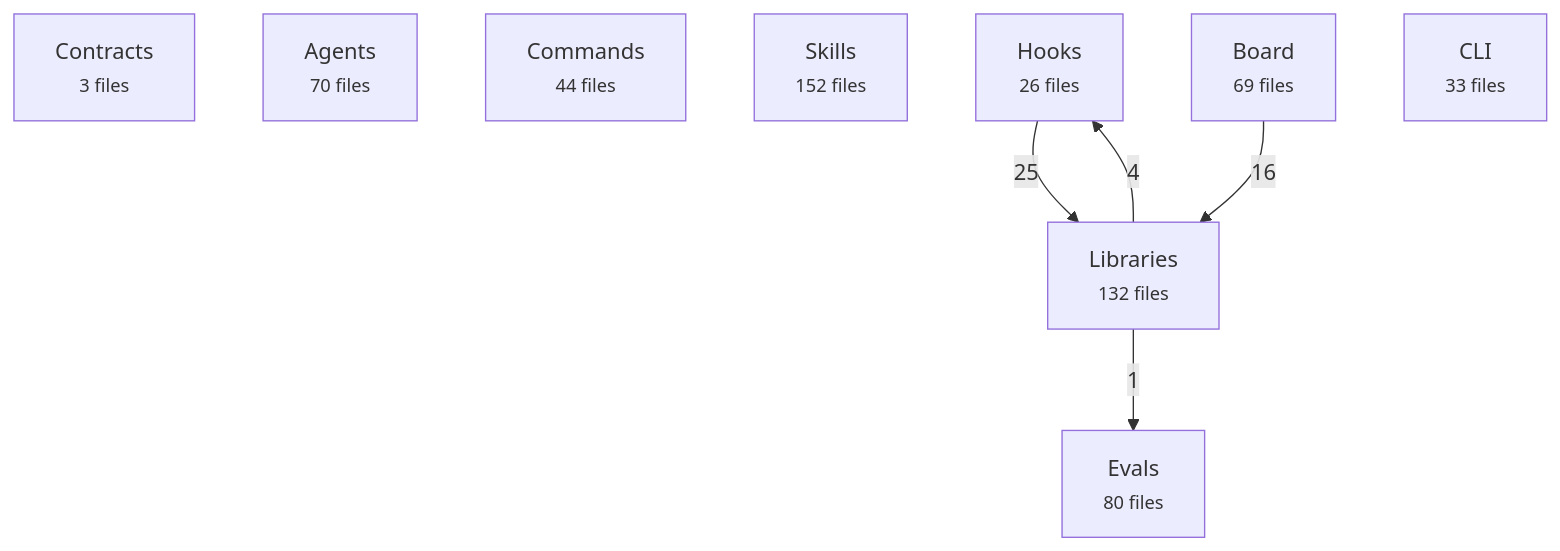
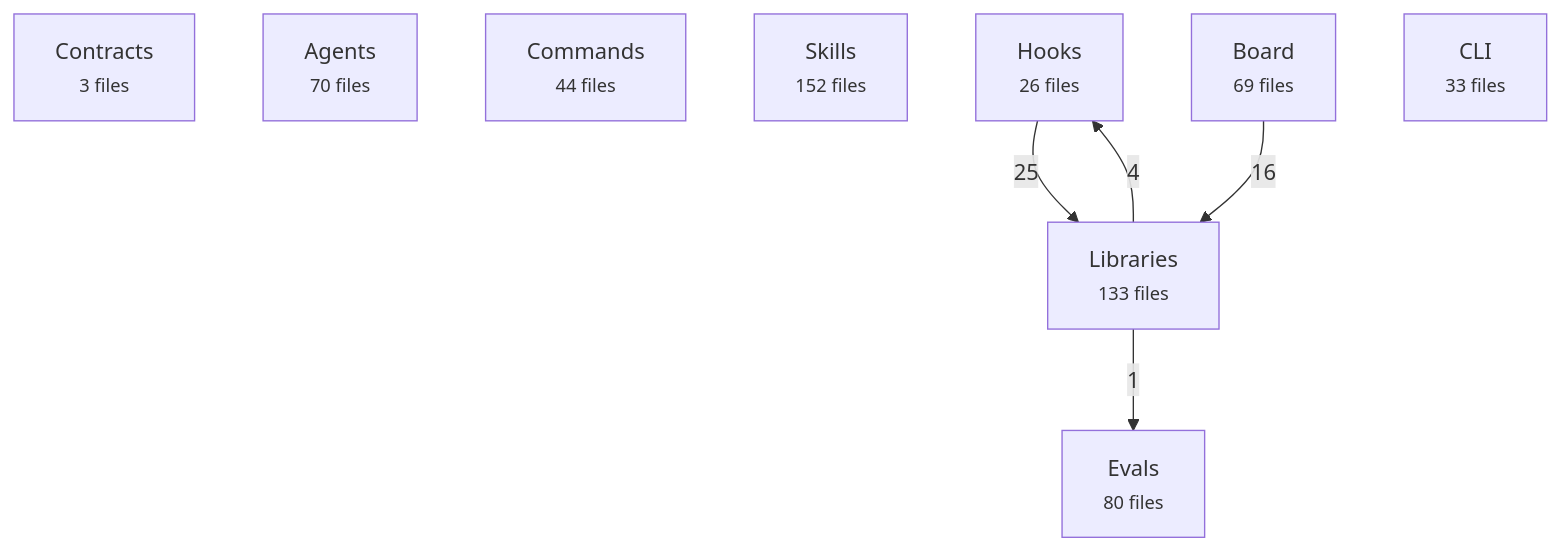
One commit to avelikiy/great_cto changed the first of 2 diagrams in docs/reference/architecture-map.md. Above: the diagram before and after it, drawn with Mermaid. The commit also changed other lines of this file and 4 other files, not shown here.

````diff
--- a/docs/reference/architecture-map.md
+++ b/docs/reference/architecture-map.md
@@ -20,16 +20,16 @@
 ```mermaid
 flowchart TD
   contracts["Contracts<br/><small>3 files</small>"]
   agents["Agents<br/><small>70 files</small>"]
   commands["Commands<br/><small>44 files</small>"]
   skills["Skills<br/><small>152 files</small>"]
   hooks["Hooks<br/><small>26 files</small>"]
-  libs["Libraries<br/><small>132 files</small>"]
+  libs["Libraries<br/><small>133 files</small>"]
   board["Board<br/><small>69 files</small>"]
   cli["CLI<br/><small>33 files</small>"]
   evals["Evals<br/><small>80 files</small>"]
   hooks -->|25| libs
   board -->|16| libs
   libs -->|4| hooks
   libs -->|1| evals
 ```
````
